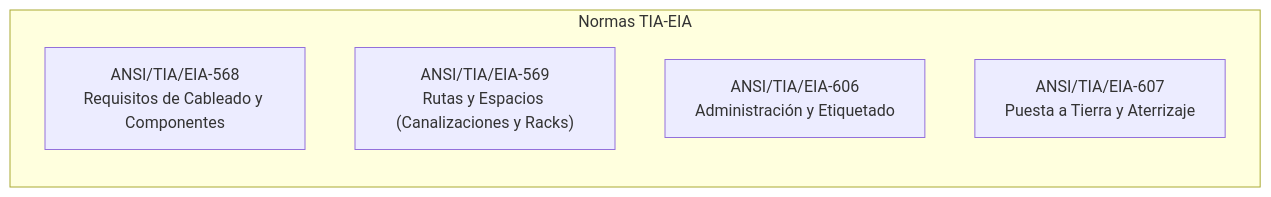
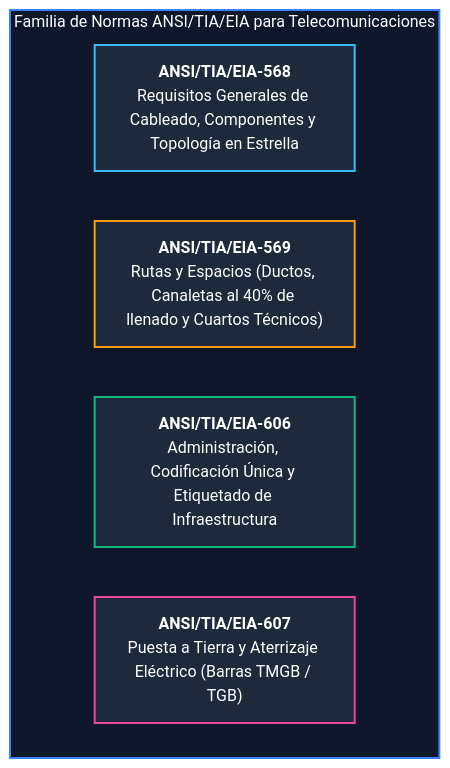
The diagram in Teoria/Modulo_3_Cableado_Estructurado/01_Normativa_y_Estandares.md (ch4rf/redes-computadoras), drawn with Mermaid before and after one commit. The commit also changed 12 other files, not shown here.

Commit message:
fix: reemplazar arte ascii por diagramas nativos mermaid y tablas responsivas para obsidian y vscode

````diff
--- a/Teoria/Modulo_3_Cableado_Estructurado/01_Normativa_y_Estandares.md
+++ b/Teoria/Modulo_3_Cableado_Estructurado/01_Normativa_y_Estandares.md
@@ -25,9 +25,15 @@
 ```mermaid
-graph LR
-    subgraph Normas TIA-EIA
-        A["ANSI/TIA/EIA-568<br/>Requisitos de Cableado y Componentes"]
-        B["ANSI/TIA/EIA-569<br/>Rutas y Espacios (Canalizaciones y Racks)"]
-        C["ANSI/TIA/EIA-606<br/>Administración y Etiquetado"]
-        D["ANSI/TIA/EIA-607<br/>Puesta a Tierra y Aterrizaje"]
+flowchart TD
+    subgraph NORMAS ["Familia de Normas ANSI/TIA/EIA para Telecomunicaciones"]
+        A["<b>ANSI/TIA/EIA-568</b><br/>Requisitos Generales de Cableado, Componentes y Topología en Estrella"]
+        B["<b>ANSI/TIA/EIA-569</b><br/>Rutas y Espacios (Ductos, Canaletas al 40% de llenado y Cuartos Técnicos)"]
+        C["<b>ANSI/TIA/EIA-606</b><br/>Administración, Codificación Única y Etiquetado de Infraestructura"]
+        D["<b>ANSI/TIA/EIA-607</b><br/>Puesta a Tierra y Aterrizaje Eléctrico (Barras TMGB / TGB)"]
     end
+
+    style NORMAS fill:#0f172a,stroke:#3b82f6,stroke-width:2px,color:#fff
+    style A fill:#1e293b,stroke:#38bdf8,stroke-width:2px,color:#fff
+    style B fill:#1e293b,stroke:#f59e0b,stroke-width:2px,color:#fff
+    style C fill:#1e293b,stroke:#10b981,stroke-width:2px,color:#fff
+    style D fill:#1e293b,stroke:#ec4899,stroke-width:2px,color:#fff
 ```
````
